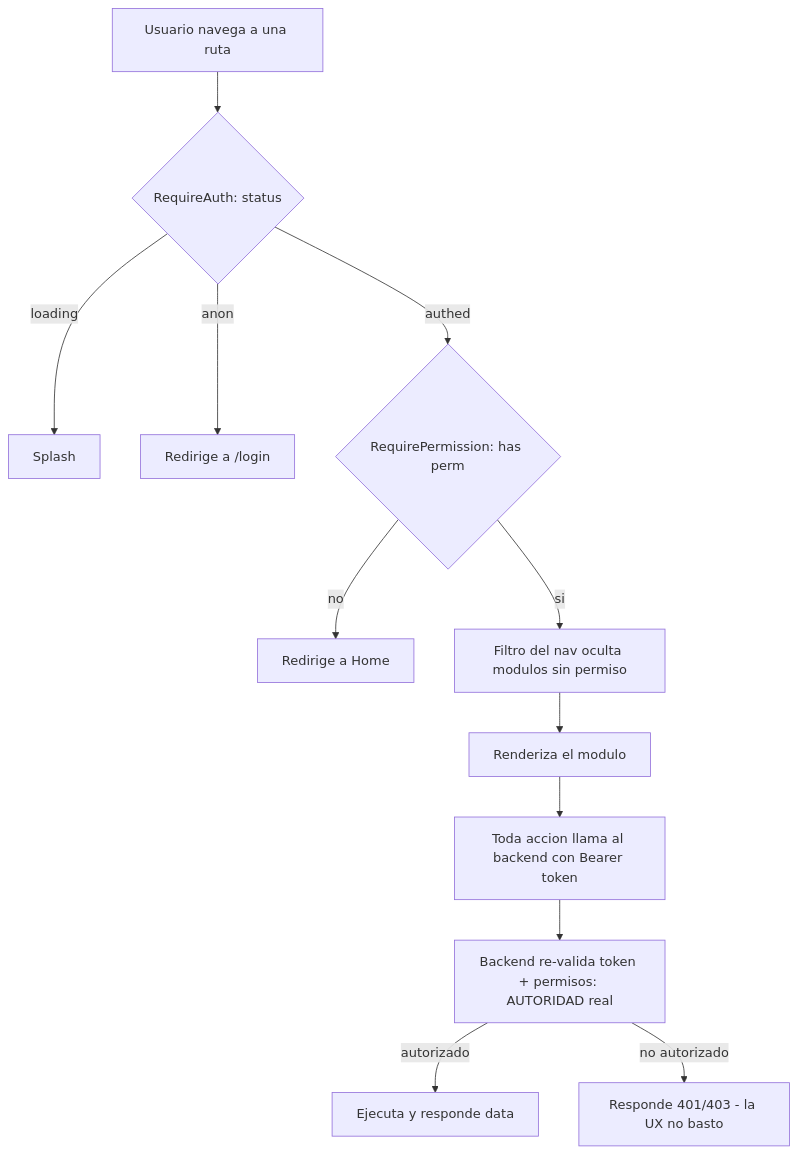
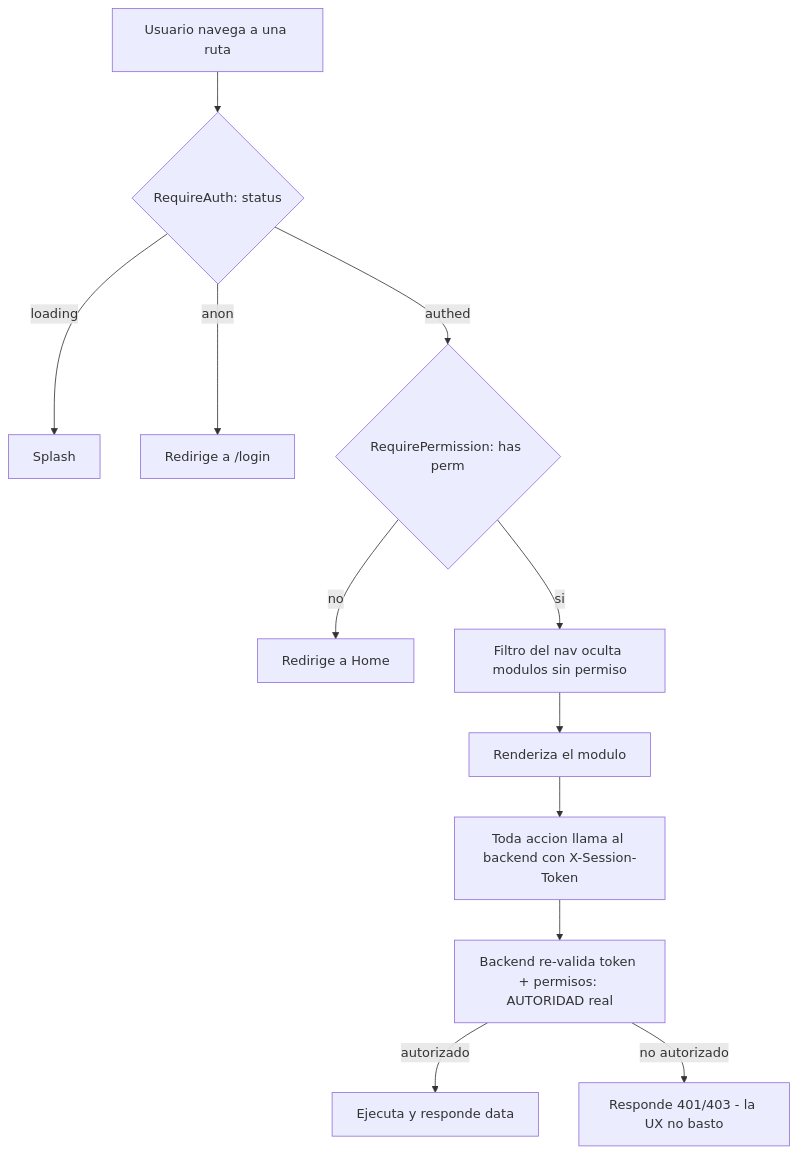
One commit to Carlosmps97/web-data-model-hub changed the fourth of 5 diagrams in doc/seguridad.md. Above: the diagram before and after it, drawn with Mermaid. The commit also changed other lines of this file and 8 other files, not shown here.

````diff
--- a/doc/seguridad.md
+++ b/doc/seguridad.md
@@ -240,14 +286,14 @@
 ```mermaid
 flowchart TD
     U[Usuario navega a una ruta] --> A{RequireAuth: status}
     A -->|loading| S[Splash]
     A -->|anon| L[Redirige a /login]
     A -->|authed| P{RequirePermission: has perm}
     P -->|no| H[Redirige a Home]
     P -->|si| N[Filtro del nav oculta modulos sin permiso]
     N --> R[Renderiza el modulo]
-    R --> BK[Toda accion llama al backend con Bearer token]
+    R --> BK[Toda accion llama al backend con X-Session-Token]
     BK --> AUTH[Backend re-valida token + permisos: AUTORIDAD real]
     AUTH -->|autorizado| OK[Ejecuta y responde data]
     AUTH -->|no autorizado| DENY[Responde 401/403 - la UX no basto]
 ```
````
